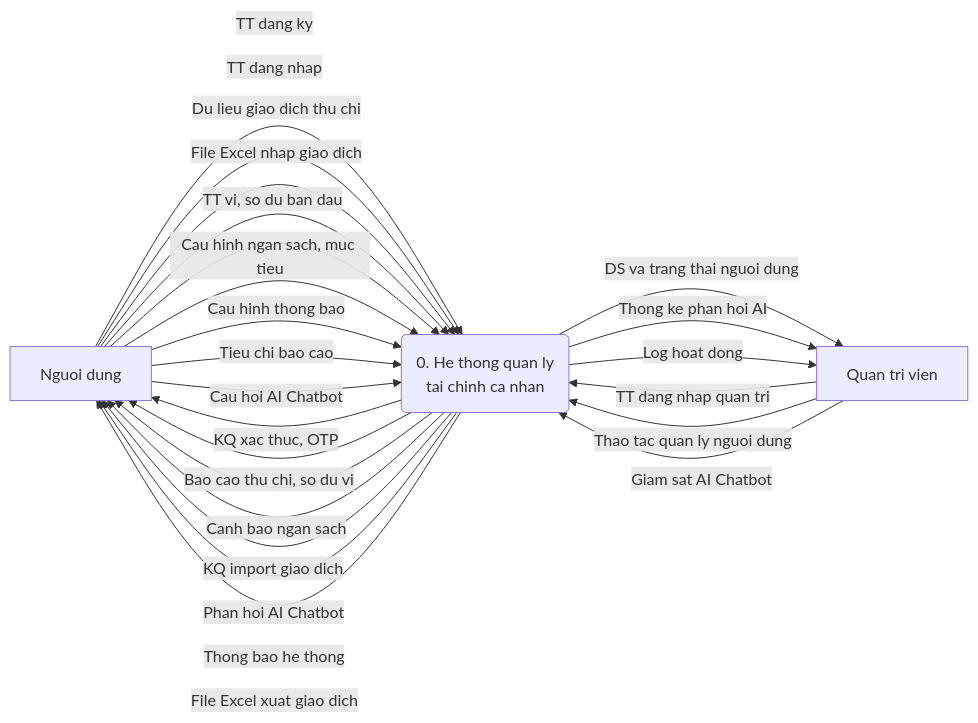
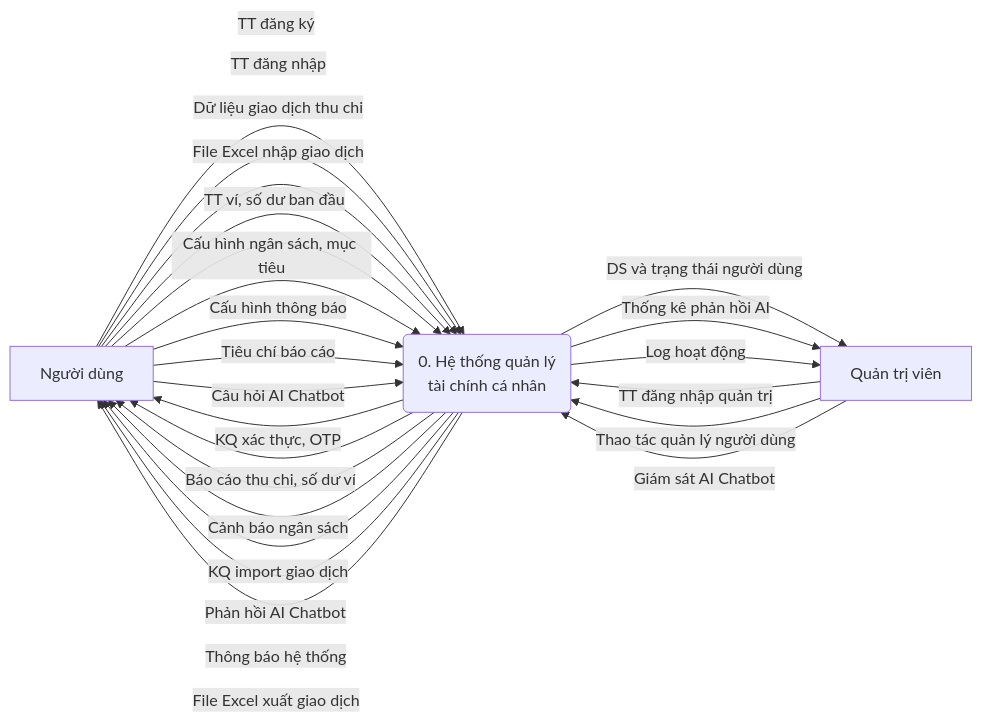
One commit to Hieu-vn/Graduation-Thesis changed the first of 10 diagrams in DFD_Diagrams.md. Above: the diagram before and after it, drawn with Mermaid. The commit also changed other lines of this file, not shown here.

Commit message:
docs: Update Data Flow Diagrams documentation.

````diff
--- a/DFD_Diagrams.md
+++ b/DFD_Diagrams.md
@@ -24,32 +24,32 @@
 ```mermaid
 flowchart LR
-    ND["Nguoi dung"]
-    P0("0. He thong quan ly<br/>tai chinh ca nhan")
-    QT["Quan tri vien"]
+    ND["Người dùng"]
+    P0("0. Hệ thống quản lý\ntài chính cá nhân")
+    QT["Quản trị viên"]
 
-    ND -->|"TT dang ky"| P0
-    ND -->|"TT dang nhap"| P0
-    ND -->|"Du lieu giao dich thu chi"| P0
-    ND -->|"File Excel nhap giao dich"| P0
-    ND -->|"TT vi, so du ban dau"| P0
-    ND -->|"Cau hinh ngan sach, muc tieu"| P0
-    ND -->|"Cau hinh thong bao"| P0
-    ND -->|"Tieu chi bao cao"| P0
-    ND -->|"Cau hoi AI Chatbot"| P0
+    ND -->|"TT đăng ký"| P0
+    ND -->|"TT đăng nhập"| P0
+    ND -->|"Dữ liệu giao dịch thu chi"| P0
+    ND -->|"File Excel nhập giao dịch"| P0
+    ND -->|"TT ví, số dư ban đầu"| P0
+    ND -->|"Cấu hình ngân sách, mục tiêu"| P0
+    ND -->|"Cấu hình thông báo"| P0
+    ND -->|"Tiêu chí báo cáo"| P0
+    ND -->|"Câu hỏi AI Chatbot"| P0
 
-    P0 -->|"KQ xac thuc, OTP"| ND
-    P0 -->|"Bao cao thu chi, so du vi"| ND
-    P0 -->|"Canh bao ngan sach"| ND
-    P0 -->|"KQ import giao dich"| ND
-    P0 -->|"Phan hoi AI Chatbot"| ND
-    P0 -->|"Thong bao he thong"| ND
-    P0 -->|"File Excel xuat giao dich"| ND
+    P0 -->|"KQ xác thực, OTP"| ND
+    P0 -->|"Báo cáo thu chi, số dư ví"| ND
+    P0 -->|"Cảnh báo ngân sách"| ND
+    P0 -->|"KQ import giao dịch"| ND
+    P0 -->|"Phản hồi AI Chatbot"| ND
+    P0 -->|"Thông báo hệ thống"| ND
+    P0 -->|"File Excel xuất giao dịch"| ND
 
-    QT -->|"TT dang nhap quan tri"| P0
-    QT -->|"Thao tac quan ly nguoi dung"| P0
-    QT -->|"Giam sat AI Chatbot"| P0
+    QT -->|"TT đăng nhập quản trị"| P0
+    QT -->|"Thao tác quản lý người dùng"| P0
+    QT -->|"Giám sát AI Chatbot"| P0
 
-    P0 -->|"DS va trang thai nguoi dung"| QT
-    P0 -->|"Thong ke phan hoi AI"| QT
-    P0 -->|"Log hoat dong"| QT
+    P0 -->|"DS và trạng thái người dùng"| QT
+    P0 -->|"Thống kê phản hồi AI"| QT
+    P0 -->|"Log hoạt động"| QT
 ```
````
